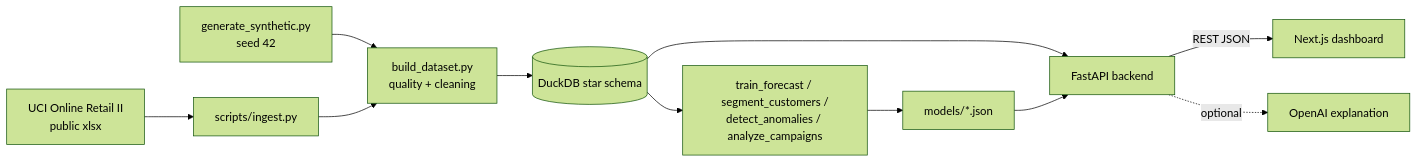
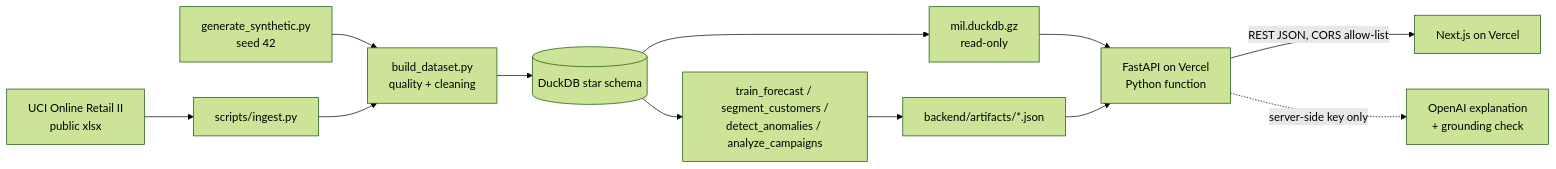
Before and after one commit to shahil5z/market-intelligence-lab: the diagram in README.md, drawn with Mermaid (forest theme). The commit also changed other lines of this file and 63 other files, not shown here.

````diff
--- a/README.md
+++ b/README.md
@@ -47,13 +113,14 @@
 ```mermaid
 flowchart LR
   A[UCI Online Retail II<br/>public xlsx] --> B[scripts/ingest.py]
   S[generate_synthetic.py<br/>seed 42] --> C
   B --> C[build_dataset.py<br/>quality + cleaning]
   C --> D[(DuckDB star schema)]
   D --> E[train_forecast / segment_customers /<br/>detect_anomalies / analyze_campaigns]
-  E --> F[models/*.json]
-  D --> G[FastAPI backend]
+  E --> F[backend/artifacts/*.json]
+  D --> P[mil.duckdb.gz<br/>read-only]
+  P --> G[FastAPI on Vercel<br/>Python function]
   F --> G
-  G -->|REST JSON| H[Next.js dashboard]
-  G -.optional.-> I[OpenAI explanation]
+  G -->|REST JSON, CORS allow-list| H[Next.js on Vercel]
+  G -.server-side key only.-> I[OpenAI explanation<br/>+ grounding check]
 ```
````
